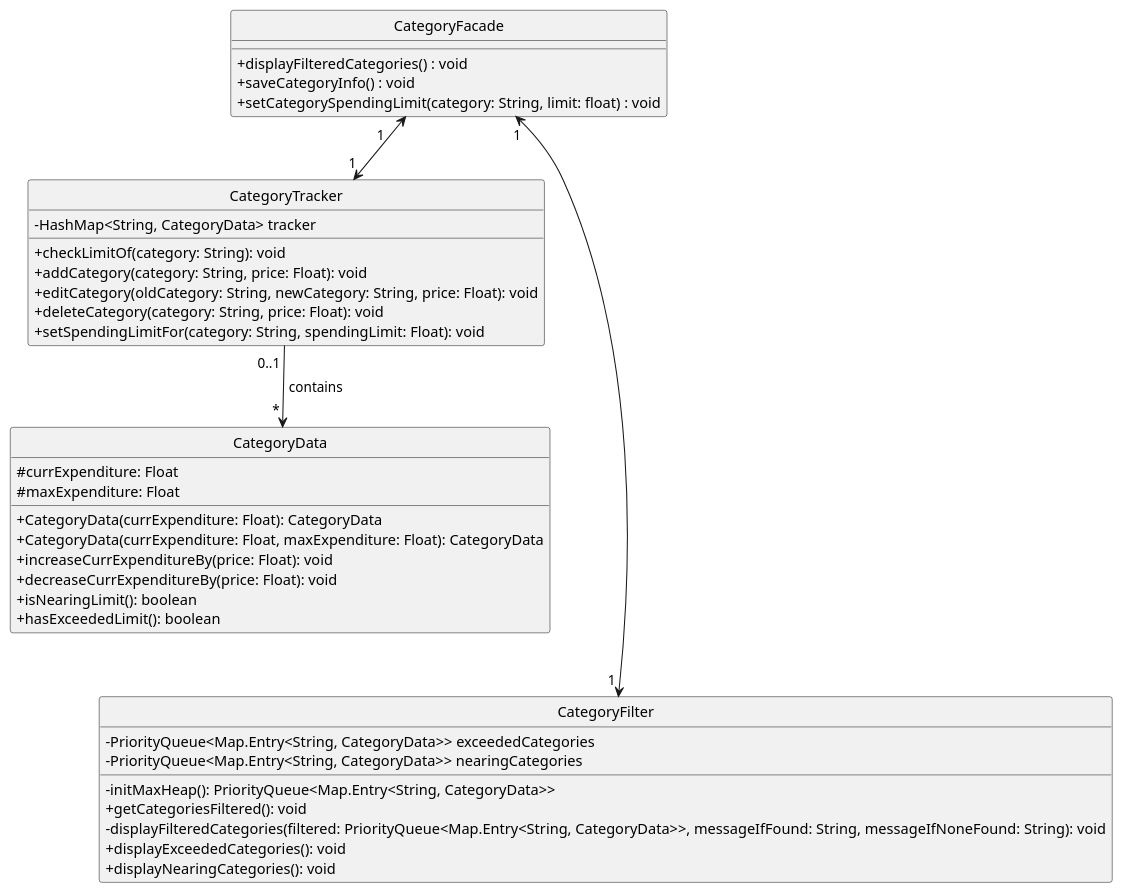
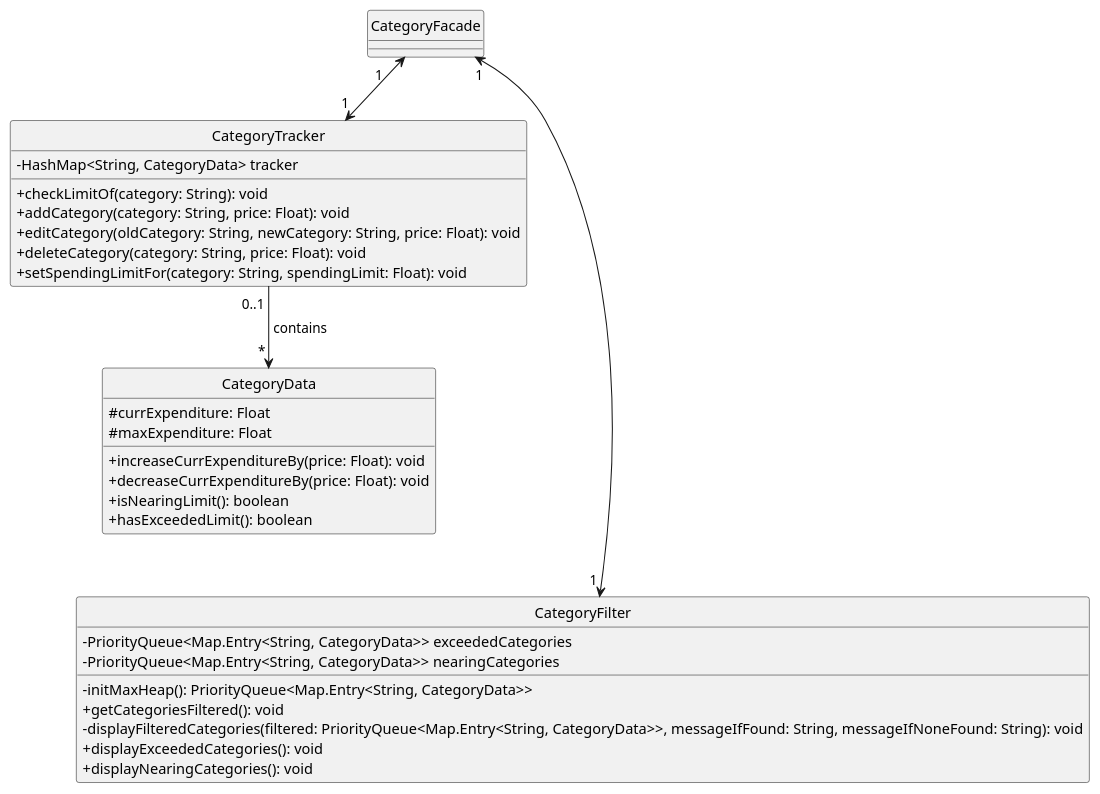
Before and after one commit to nus-cs2113-AY2425S1/tp: the diagram in docs/diagrams/plantuml/CategoryClasses ClassUML.puml, drawn with PlantUML. The commit also changed 2 other files, not shown here.

Commit message:
Update class UML

```diff
--- a/docs/diagrams/plantuml/CategoryClasses ClassUML.puml
+++ b/docs/diagrams/plantuml/CategoryClasses ClassUML.puml
@@ -1,70 +1,70 @@
 @startuml
 skinparam classAttributeIconSize 0
 hide circle
 
 ' class "<<Facade>> \n CategoryFacade" {
 class CategoryFacade {
 '    # categoryTracker : CategoryTracker
 '    # categoryFilter : CategoryFilter
 '    # categoryStorage : CategoryStorage
 
 '    +CategoryFacade()
 '    +getCategoryTracker(): CategoryTracker
 '    +addCategory(category: String, price: float) : void
 '    +deleteCategory(category: String, price: Float) : void
 '    +editCategory(oldCategory: String, newCategory: String, price: float) : void
 '    +loadCategoryInfo(expenseList: ExpenseList) : void
-    +displayFilteredCategories() : void
-    +saveCategoryInfo() : void
-    +setCategorySpendingLimit(category: String, limit: float) : void
+'    +displayFilteredCategories() : void
+'    +saveCategoryInfo() : void
+'    +setCategorySpendingLimit(category: String, limit: float) : void
 }
 
 class CategoryTracker {
     - HashMap<String, CategoryData> tracker
 
 '    + CategoryTracker()
 '    + getTracker(): HashMap<String, CategoryData>
 '    + size(): int
 '    + contains(category: String): boolean
 '    +getCategoryDataOf(category: String): CategoryData
     +checkLimitOf(category: String): void
     +addCategory(category: String, price: Float): void
     +editCategory(oldCategory: String, newCategory: String, price: Float): void
     +deleteCategory(category: String, price: Float): void
     +setSpendingLimitFor(category: String, spendingLimit: Float): void
 }
 
 class CategoryData {
     #currExpenditure: Float
     #maxExpenditure: Float
 
-    + CategoryData(currExpenditure: Float): CategoryData
-    + CategoryData(currExpenditure: Float, maxExpenditure: Float): CategoryData
+'    + CategoryData(currExpenditure: Float): CategoryData
+'    + CategoryData(currExpenditure: Float, maxExpenditure: Float): CategoryData
 '    + getCurrExpenditure(): Float
 '    + getMaxExpenditure(): Float
 '    + setCurrExpenditure(currExpenditure: Float): void
 '    + setMaxExpenditure(maxExpenditure: Float): void
     + increaseCurrExpenditureBy(price: Float): void
     + decreaseCurrExpenditureBy(price: Float): void
     + isNearingLimit(): boolean
     + hasExceededLimit(): boolean
 }
 
 class CategoryFilter {
 '    - CategoryFacade categoryFacade
     - PriorityQueue<Map.Entry<String, CategoryData>> exceededCategories
     - PriorityQueue<Map.Entry<String, CategoryData>> nearingCategories
 
 '    + setCategoryFacade(categoryFacade: CategoryFacade): void
     -initMaxHeap(): PriorityQueue<Map.Entry<String, CategoryData>>
     +getCategoriesFiltered(): void
     -displayFilteredCategories(filtered: PriorityQueue<Map.Entry<String, CategoryData>>, messageIfFound: String, messageIfNoneFound: String): void
     +displayExceededCategories(): void
     +displayNearingCategories(): void
 }
 
 CategoryFacade " 1    " <-d-> " 1 " CategoryTracker
 CategoryFacade " 1 " <---d-> " 1 " CategoryFilter
 CategoryTracker " 0..1 " -d-> " * " CategoryData : " contains "
 
 @enduml
```
